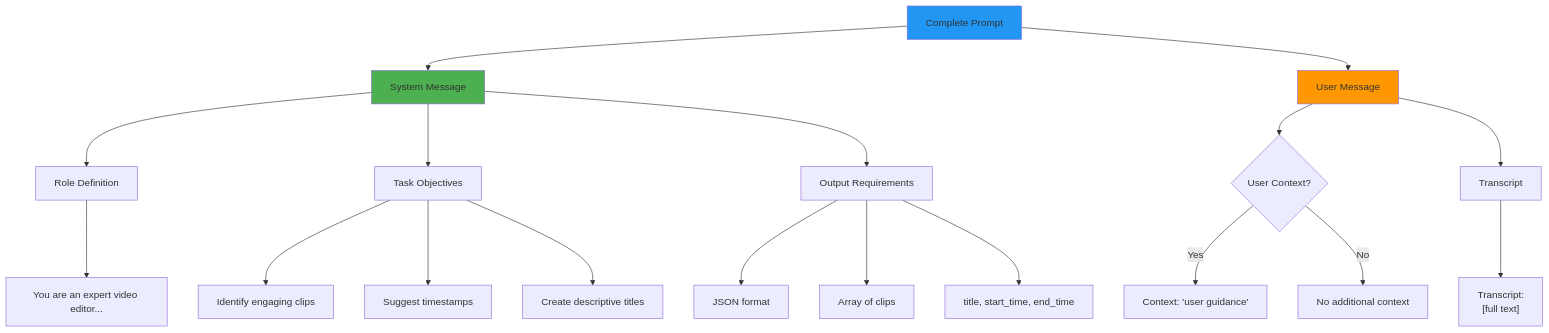
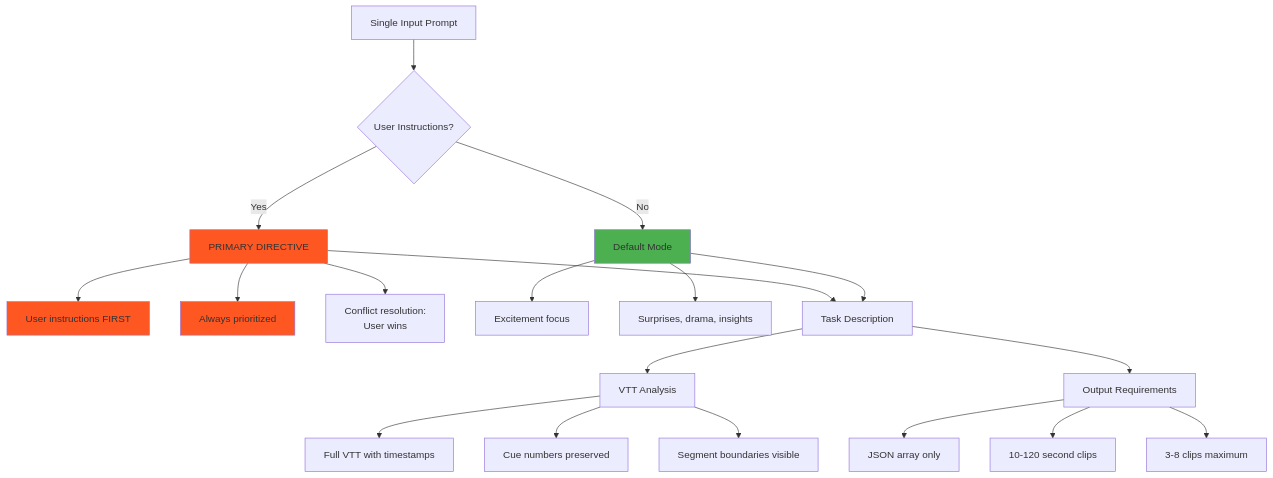
The fifth of 6 diagrams in docs/CLIP_SELECTION_ARCHITECTURE.md (williamrthomas/clipscribe), drawn with Mermaid before and after one commit. The commit also changed other lines of this file and 2 other files, not shown here.

````diff
--- a/docs/CLIP_SELECTION_ARCHITECTURE.md
+++ b/docs/CLIP_SELECTION_ARCHITECTURE.md
@@ -144,29 +149,31 @@
 ```mermaid
 graph TB
-    A[Complete Prompt] --> B[System Message]
-    A --> C[User Message]
+    A[Single Input Prompt] --> B{User Instructions?}
     
-    B --> D[Role Definition]
-    D --> D1["You are an expert video editor..."]
+    B -->|Yes| C[PRIMARY DIRECTIVE]
+    C --> C1["User instructions FIRST"]
+    C --> C2["Always prioritized"]
+    C --> C3["Conflict resolution:<br/>User wins"]
     
-    B --> E[Task Objectives]
-    E --> E1[Identify engaging clips]
-    E --> E2[Suggest timestamps]
-    E --> E3[Create descriptive titles]
+    B -->|No| D[Default Mode]
+    D --> D1["Excitement focus"]
+    D --> D2["Surprises, drama, insights"]
     
-    B --> F[Output Requirements]
-    F --> F1[JSON format]
-    F --> F2[Array of clips]
-    F --> F3[title, start_time, end_time]
+    C --> E[Task Description]
+    D --> E
     
-    C --> G{User Context?}
-    G -->|Yes| H["Context: 'user guidance'"]
-    G -->|No| I[No additional context]
+    E --> F[VTT Analysis]
+    F --> F1["Full VTT with timestamps"]
+    F --> F2["Cue numbers preserved"]
+    F --> F3["Segment boundaries visible"]
     
-    C --> J[Transcript]
-    J --> J1["Transcript:\n[full text]"]
+    E --> G[Output Requirements]
+    G --> G1["JSON array only"]
+    G --> G2["10-120 second clips"]
+    G --> G3["3-8 clips maximum"]
     
-    style A fill:#2196F3
-    style B fill:#4CAF50
-    style C fill:#FF9800
+    style C fill:#FF5722
+    style C1 fill:#FF5722
+    style C2 fill:#FF5722
+    style D fill:#4CAF50
 ```
````
